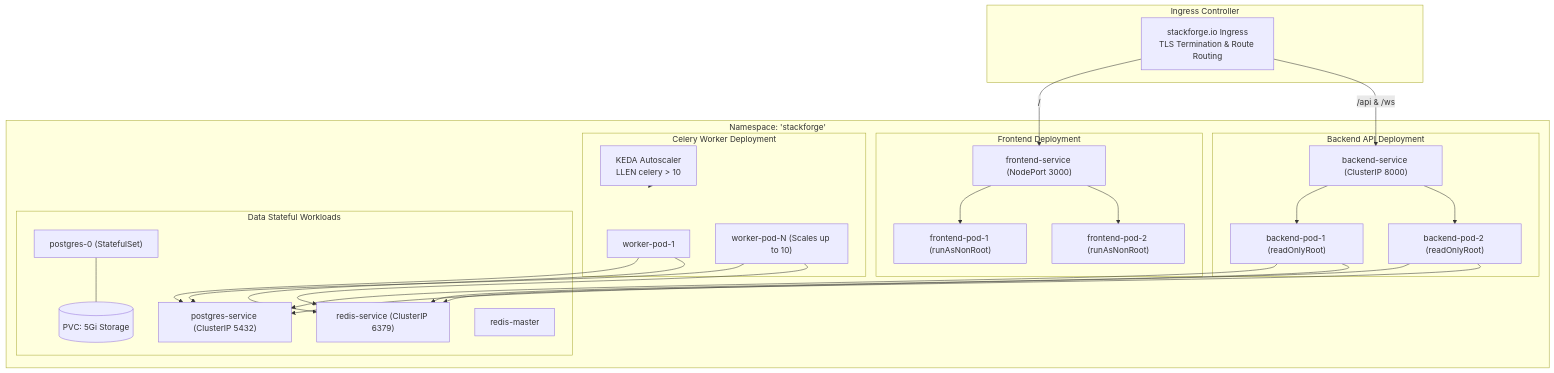
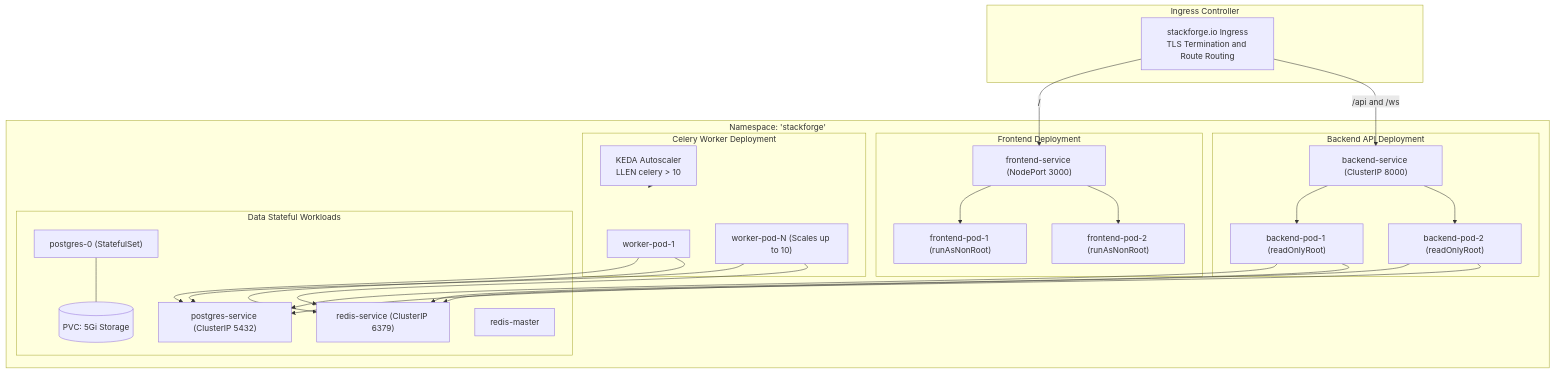
Before and after one commit to satviashwin369-creator/StackForge: the fifth of 9 diagrams in docs/Architecture.md, drawn with Mermaid. The commit also changed other lines of this file and 20 other files, not shown here.

Commit message:
docs(arch): add native PNG diagrams and unwrap top-level Mermaid blocks for 100% GitHub visibility

````diff
--- a/docs/Architecture.md
+++ b/docs/Architecture.md
@@ -338,48 +329,48 @@
 ```mermaid
 flowchart TD
     subgraph Ingress ["Ingress Controller"]
-        Ing["stackforge.io Ingress<br/>TLS Termination & Route Routing"]
+        Ing["stackforge.io Ingress<br/>TLS Termination and Route Routing"]
     end
 
     subgraph K8sNamespace ["Namespace: 'stackforge'"]
         subgraph FE_Workload ["Frontend Deployment"]
             SvcFE["frontend-service (NodePort 3000)"]
             PodFE1["frontend-pod-1 (runAsNonRoot)"]
             PodFE2["frontend-pod-2 (runAsNonRoot)"]
         end
 
         subgraph BE_Workload ["Backend API Deployment"]
             SvcBE["backend-service (ClusterIP 8000)"]
             PodBE1["backend-pod-1 (readOnlyRoot)"]
             PodBE2["backend-pod-2 (readOnlyRoot)"]
         end
 
         subgraph WK_Workload ["Celery Worker Deployment"]
             KEDA["KEDA Autoscaler<br/>LLEN celery > 10"]
             PodWK1["worker-pod-1"]
             PodWKn["worker-pod-N (Scales up to 10)"]
         end
 
         subgraph DB_Workload ["Data Stateful Workloads"]
             SvcPG["postgres-service (ClusterIP 5432)"]
             PodPG["postgres-0 (StatefulSet)"]
             PVCPG[("PVC: 5Gi Storage")]
 
             SvcRD["redis-service (ClusterIP 6379)"]
             PodRD["redis-master"]
         end
     end
 
     Ing -->|"/"| SvcFE
-    Ing -->|"/api & /ws"| SvcBE
+    Ing -->|"/api and /ws"| SvcBE
     SvcFE --> PodFE1 & PodFE2
     SvcBE --> PodBE1 & PodBE2
 
     PodBE1 & PodBE2 --> SvcPG
     PodBE1 & PodBE2 --> SvcRD
 
     KEDA -.-> WK_Workload
     PodWK1 & PodWKn --> SvcPG
     PodWK1 & PodWKn --> SvcRD
     PodPG --- PVCPG
 ```
````
